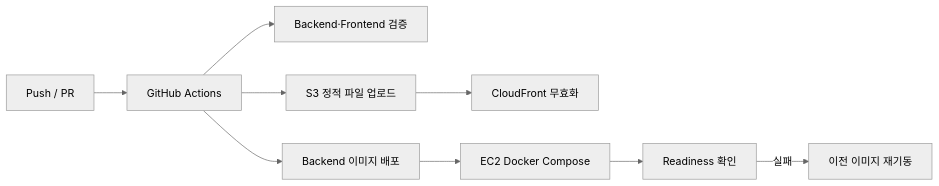
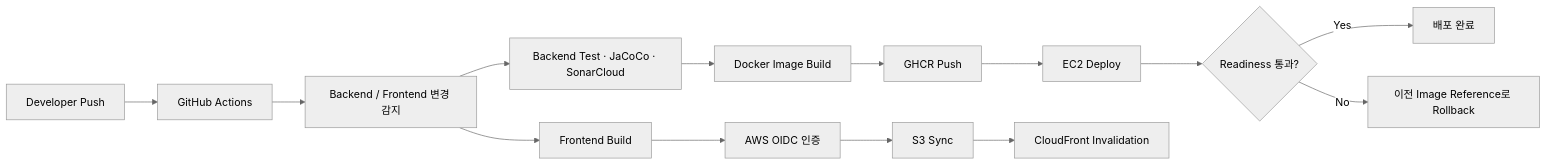
The third of 3 diagrams in README.md (Sungw0o/Booktown-V2), drawn with Mermaid (neutral theme) before and after one commit. The commit also changed other lines of this file, not shown here.

````diff
--- a/README.md
+++ b/README.md
@@ -85,11 +72,18 @@
 ```mermaid
 flowchart LR
-    PUSH["Push / PR"] --> CI["GitHub Actions"]
-    CI --> TEST["Backend·Frontend 검증"]
-    CI --> IMAGE["Backend 이미지 배포"]
-    CI --> STATIC["S3 정적 파일 업로드"]
-    STATIC --> CDN["CloudFront 무효화"]
-    IMAGE --> EC2["EC2 Docker Compose"]
-    EC2 --> READY["Readiness 확인"]
-    READY -->|"실패"| ROLLBACK["이전 이미지 재기동"]
+    DEV["Developer Push"] --> GH["GitHub Actions"]
+    GH --> PATH["Backend / Frontend 변경 감지"]
+
+    PATH --> BTEST["Backend Test · JaCoCo · SonarCloud"]
+    BTEST --> IMAGE["Docker Image Build"]
+    IMAGE --> GHCR["GHCR Push"]
+    GHCR --> EC2["EC2 Deploy"]
+    EC2 --> READY{"Readiness 통과?"}
+    READY -->|"Yes"| DONE["배포 완료"]
+    READY -->|"No"| ROLLBACK["이전 Image Reference로 Rollback"]
+
+    PATH --> FTEST["Frontend Build"]
+    FTEST --> OIDC["AWS OIDC 인증"]
+    OIDC --> S3["S3 Sync"]
+    S3 --> CF["CloudFront Invalidation"]
 ```
````
